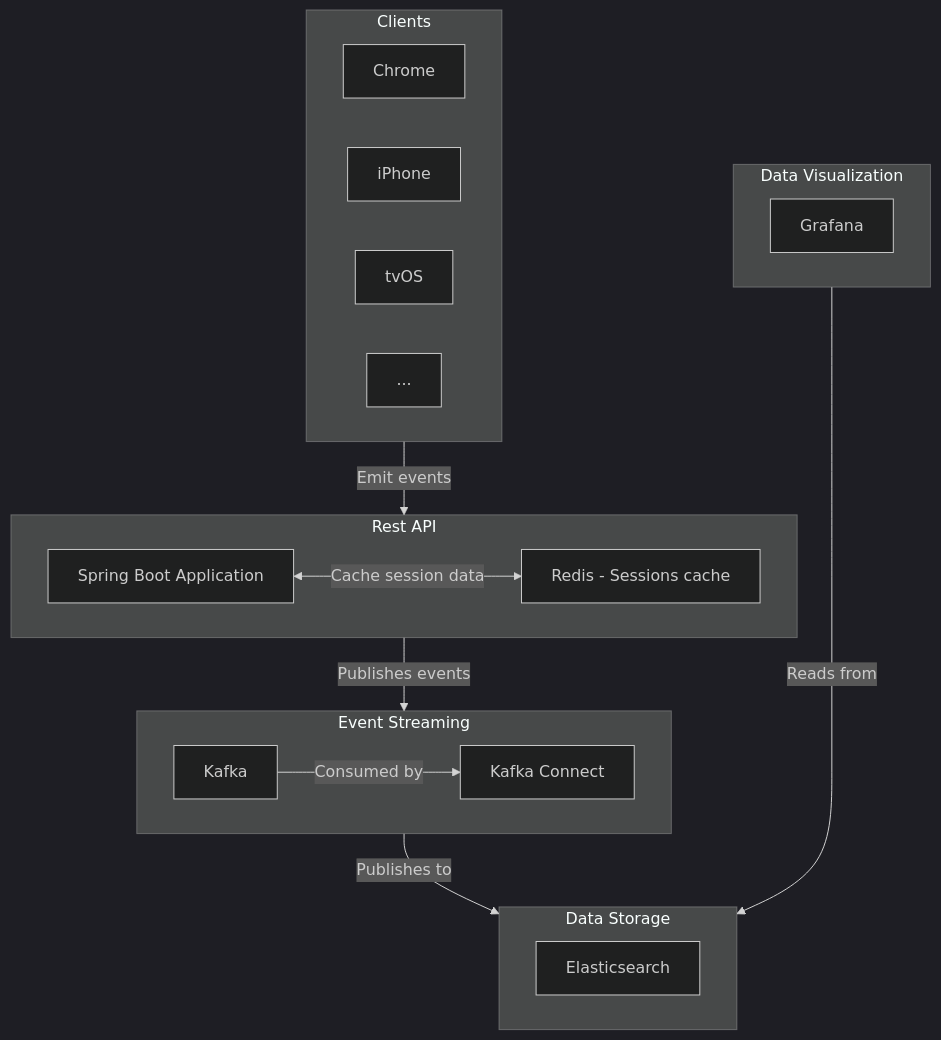
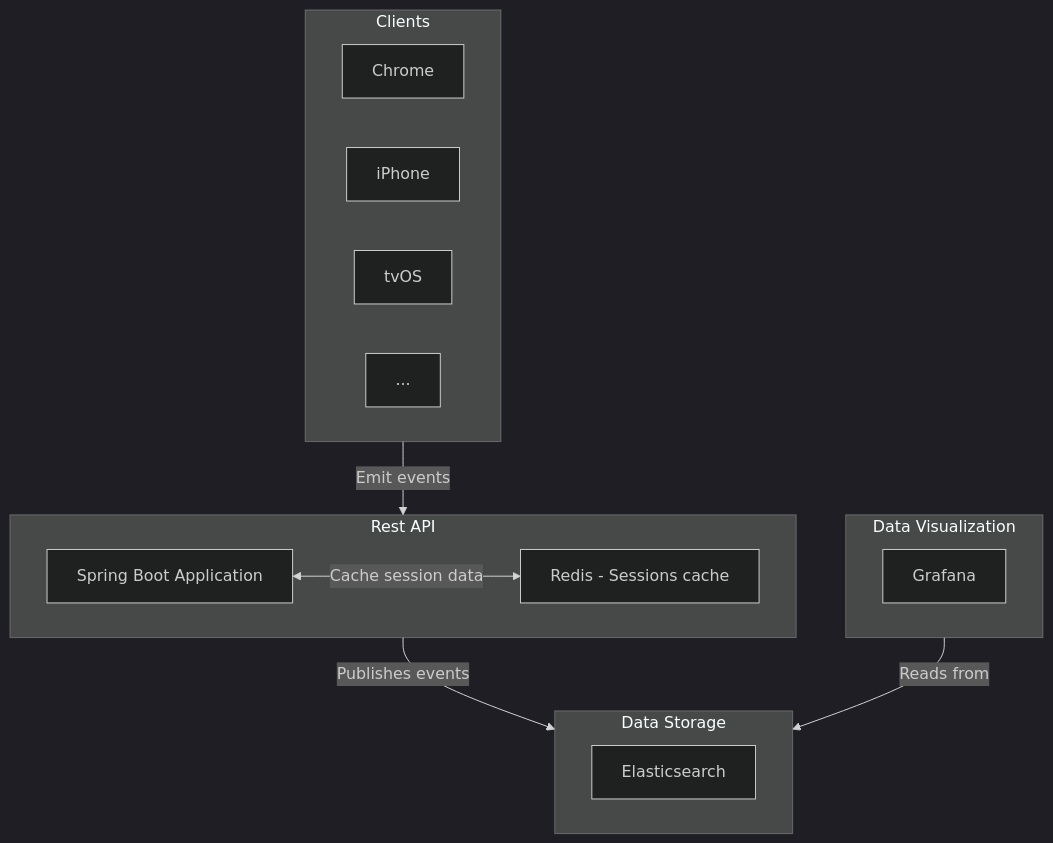
The diagram in docs/README.md (jboix/event-visualizer), drawn with Mermaid (dark theme) before and after one commit. The commit also changed other lines of this file and 12 other files, not shown here.

````diff
--- a/docs/README.md
+++ b/docs/README.md
@@ -53,34 +46,27 @@
 ```mermaid
 graph TD
   subgraph Clients
     Chrome
     iPhone
     tvOS
     ...
   end
 
   subgraph I[Data Visualization]
     J[Grafana]
   end
 
   subgraph A[Rest API]
     B[Spring Boot Application]
     C[Redis - Sessions cache]
   end
 
-  subgraph D[Event Streaming]
-    E[Kafka]
-    F[Kafka Connect]
-  end
-
   subgraph G[Data Storage]
     H[Elasticsearch]
   end
 
   Clients -->|Emit events| A
   B <-->|Cache session data| C
-  A -->|Publishes events| D
-  E -->|Consumed by| F
-  D -->|Publishes to| G
-  I ---->|Reads from| G
+  A -->|Publishes events| G
+  I -->|Reads from| G
 ```
````
